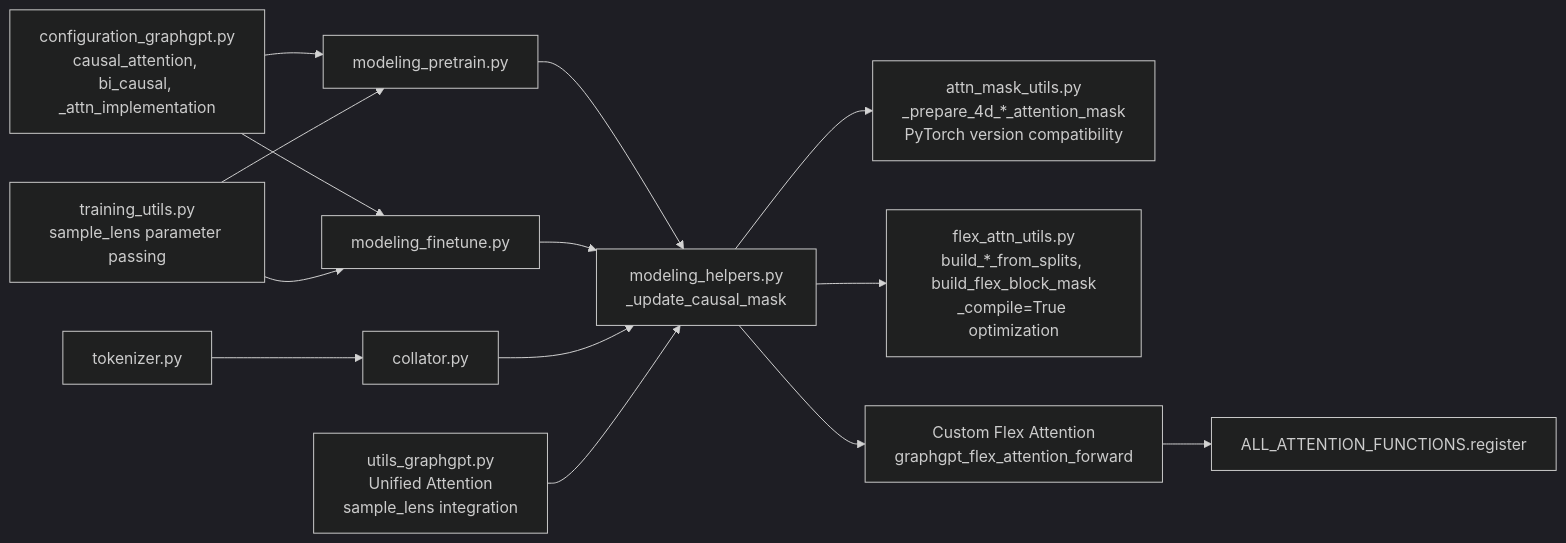
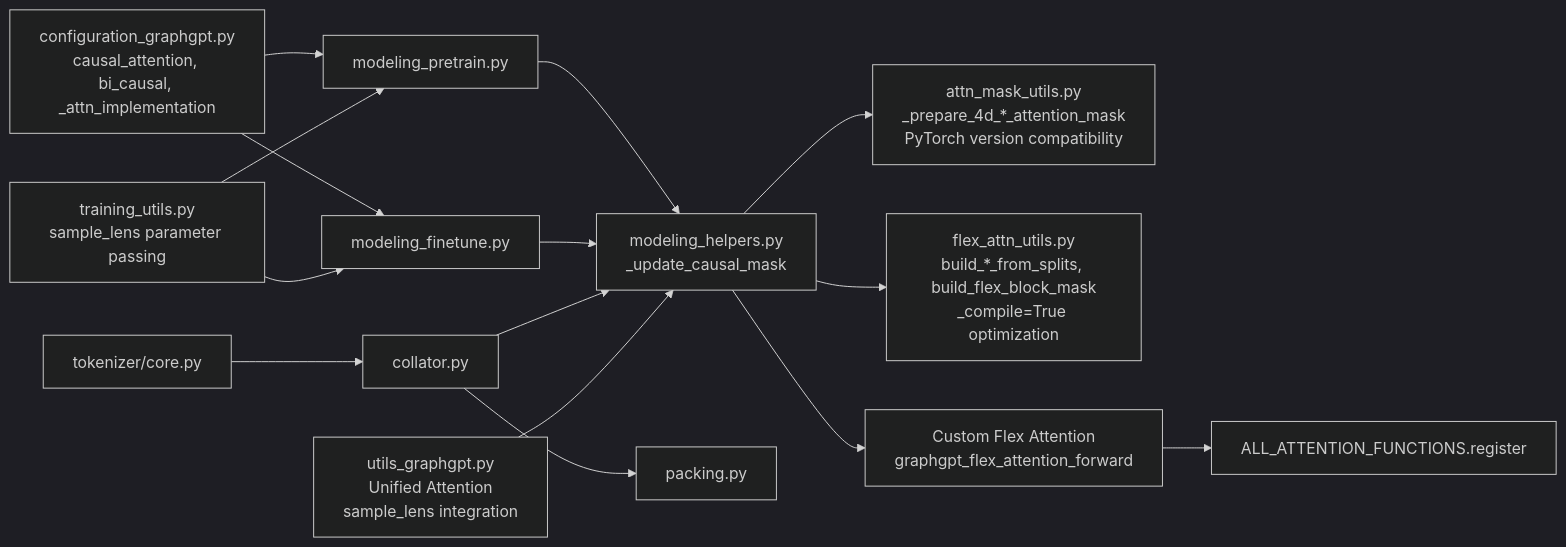
One commit to alibaba/graph-gpt changed diagram 12 of 12 in .qoder/repowiki/en/content/Utility Functions/Attention Mask Utilities.md. Above: the diagram before and after it, drawn with Mermaid (dark theme). The commit also changed other lines of this file and 9 other files, not shown here.

````diff
--- a/.qoder/repowiki/en/content/Utility Functions/Attention Mask Utilities.md
+++ b/.qoder/repowiki/en/content/Utility Functions/Attention Mask Utilities.md
@@ -627,16 +673,17 @@
 ```mermaid
 graph LR
 CFG["configuration_graphgpt.py<br/>causal_attention, bi_causal, _attn_implementation"] --> M1["modeling_pretrain.py"]
 CFG --> M2["modeling_finetune.py"]
 M1 --> H["modeling_helpers.py<br/>_update_causal_mask"]
 M2 --> H
 H --> U1["attn_mask_utils.py<br/>_prepare_4d_*_attention_mask<br/>PyTorch version compatibility"]
 H --> U2["flex_attn_utils.py<br/>build_*_from_splits, build_flex_block_mask<br/>_compile=True optimization"]
 H --> CF["Custom Flex Attention<br/>graphgpt_flex_attention_forward"]
-T["tokenizer.py"] --> C["collator.py"]
+T["tokenizer/core.py"] --> C["collator.py"]
+C --> P["packing.py"]
 C --> H
 CF --> AF["ALL_ATTENTION_FUNCTIONS.register"]
 U3["utils_graphgpt.py<br/>Unified Attention<br/>sample_lens integration"] --> H
 TU["training_utils.py<br/>sample_lens parameter passing"] --> M1
 TU --> M2
 ```
````
